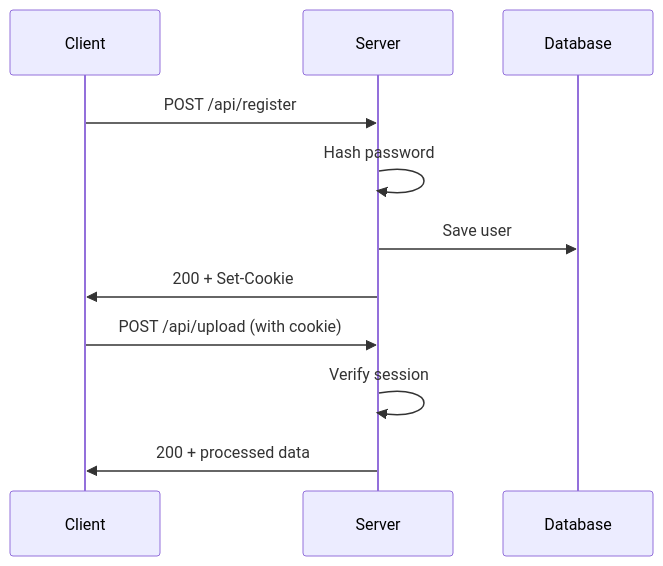
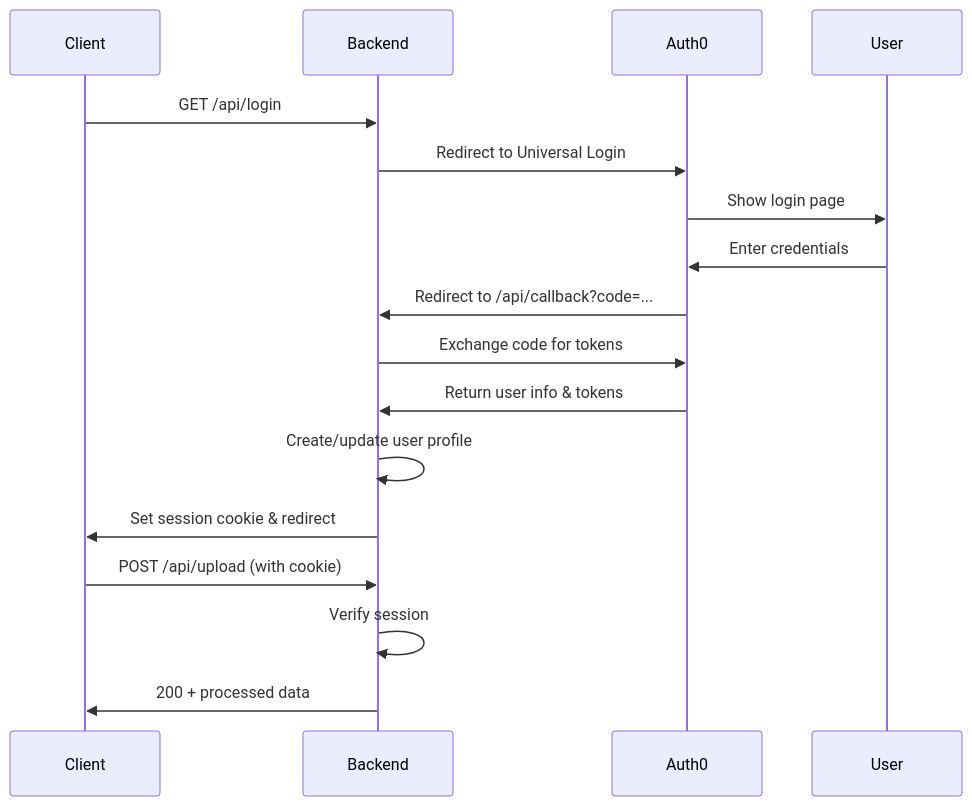
Before and after one commit to smhunt/hand-writing-app: the diagram in docs/API.md, drawn with Mermaid. The commit also changed other lines of this file and 7 other files, not shown here.

````diff
--- a/docs/API.md
+++ b/docs/API.md
@@ -596,10 +593,15 @@
 ```mermaid
 sequenceDiagram
-    Client->>Server: POST /api/register
-    Server->>Server: Hash password
-    Server->>Database: Save user
-    Server->>Client: 200 + Set-Cookie
-    Client->>Server: POST /api/upload (with cookie)
-    Server->>Server: Verify session
-    Server->>Client: 200 + processed data
+    Client->>Backend: GET /api/login
+    Backend->>Auth0: Redirect to Universal Login
+    Auth0->>User: Show login page
+    User->>Auth0: Enter credentials
+    Auth0->>Backend: Redirect to /api/callback?code=...
+    Backend->>Auth0: Exchange code for tokens
+    Auth0->>Backend: Return user info & tokens
+    Backend->>Backend: Create/update user profile
+    Backend->>Client: Set session cookie & redirect
+    Client->>Backend: POST /api/upload (with cookie)
+    Backend->>Backend: Verify session
+    Backend->>Client: 200 + processed data
 ```
````
